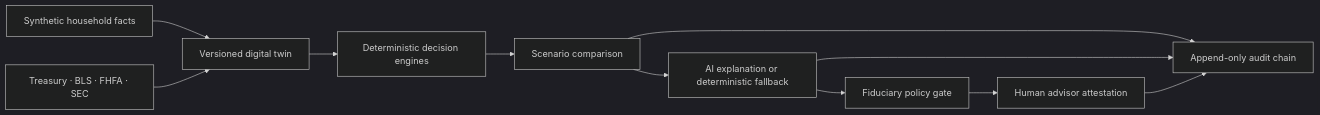
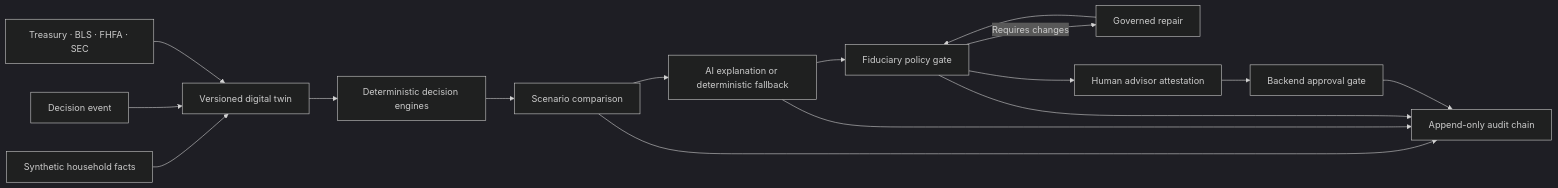
The diagram in README.md (AjayKasu1/financial-independence-digital-twin), drawn with Mermaid (dark theme) before and after one commit. The commit also changed other lines of this file and 18 other files, not shown here.

Commit message:
Build governed rental decision golden path

````diff
--- a/README.md
+++ b/README.md
@@ -19,13 +21,18 @@
 ```mermaid
 flowchart LR
   A["Synthetic household facts"] --> B["Versioned digital twin"]
+  X["Decision event"] --> B
   L["Treasury · BLS · FHFA · SEC"] --> B
   B --> C["Deterministic decision engines"]
   C --> D["Scenario comparison"]
   D --> E["AI explanation or deterministic fallback"]
   E --> F["Fiduciary policy gate"]
+  F -->|"Requires changes"| R["Governed repair"]
+  R --> F
   F --> G["Human advisor attestation"]
+  G --> I["Backend approval gate"]
   D --> H["Append-only audit chain"]
   E --> H
-  G --> H
+  F --> H
+  I --> H
 ```
````
